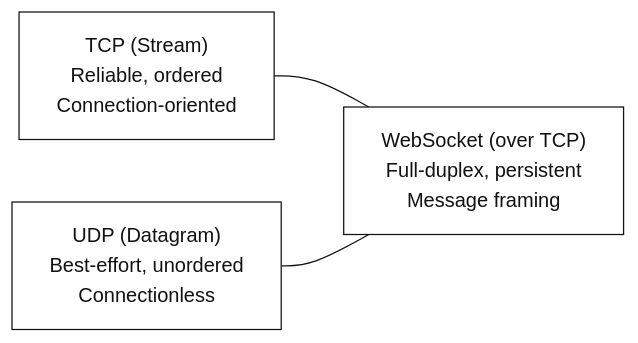
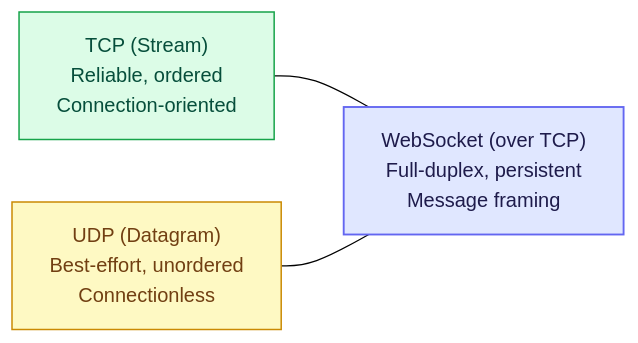
One commit to hananather/system-design changed the second of 5 diagrams in sockets.md. Above: the diagram before and after it, drawn with Mermaid. The commit also changed other lines of this file, not shown here.

Commit message:
Restore colorful node styles while keeping canvas background white; maintain spacing settings; fix node class colors across diagrams

````diff
--- a/sockets.md
+++ b/sockets.md
@@ -33,22 +31,21 @@
 ```mermaid
 %%{init: {
   'theme': 'base',
   'themeVariables': {
     'background': '#ffffff',
-    'primaryColor': '#ffffff',
-    'primaryTextColor': '#111111',
-    'primaryBorderColor': '#111111',
-    'lineColor': '#111111',
-    'edgeLabelBackground': '#ffffff',
     'fontFamily': 'Inter, ui-sans-serif, system-ui'
   },
   'flowchart': { 'useMaxWidth': false, 'diagramPadding': 24, 'htmlLabels': true }
 }}%%
 flowchart LR
-  TCP["TCP (Stream)<br/>Reliable, ordered<br/>Connection-oriented"]
-  UDP["UDP (Datagram)<br/>Best-effort, unordered<br/>Connectionless"]
-  WS["WebSocket (over TCP)<br/>Full-duplex, persistent<br/>Message framing"]
+  TCP["TCP (Stream)<br/>Reliable, ordered<br/>Connection-oriented"]:::good
+  UDP["UDP (Datagram)<br/>Best-effort, unordered<br/>Connectionless"]:::warn
+  WS["WebSocket (over TCP)<br/>Full-duplex, persistent<br/>Message framing"]:::accent
 
   TCP --- WS
   UDP --- WS
+
+  classDef good fill:#DCFCE7,stroke:#16A34A,stroke-width:1.2px,color:#064E3B;
+  classDef warn fill:#FEF9C3,stroke:#CA8A04,stroke-width:1.2px,color:#713F12;
+  classDef accent fill:#E0E7FF,stroke:#6366F1,stroke-width:1.5px,color:#1E1B4B;
 ```
````
